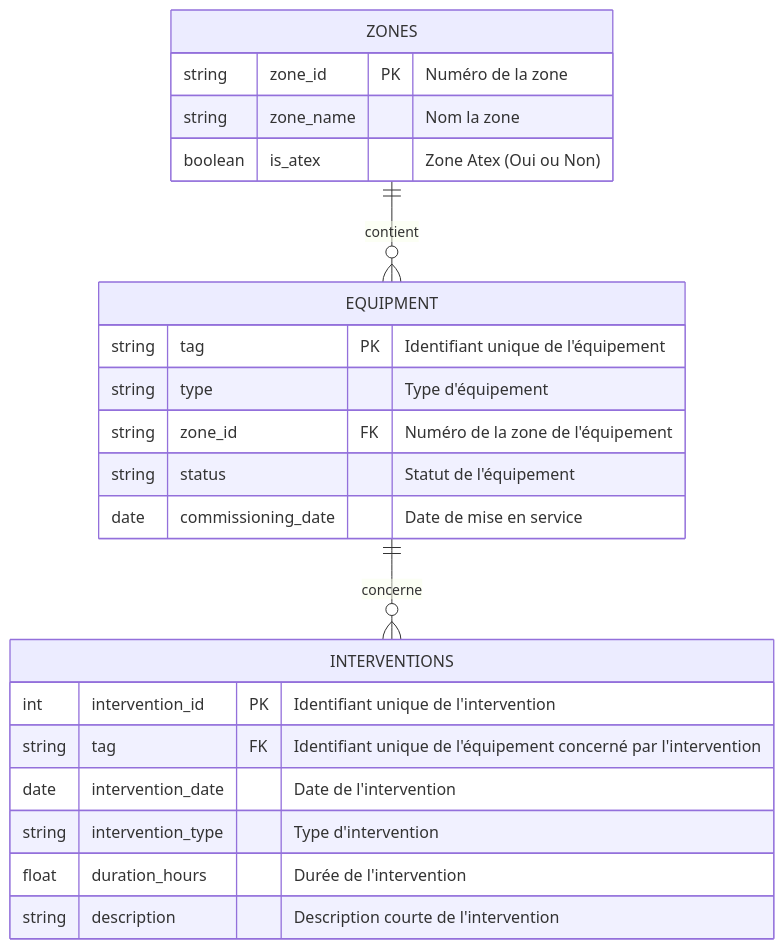
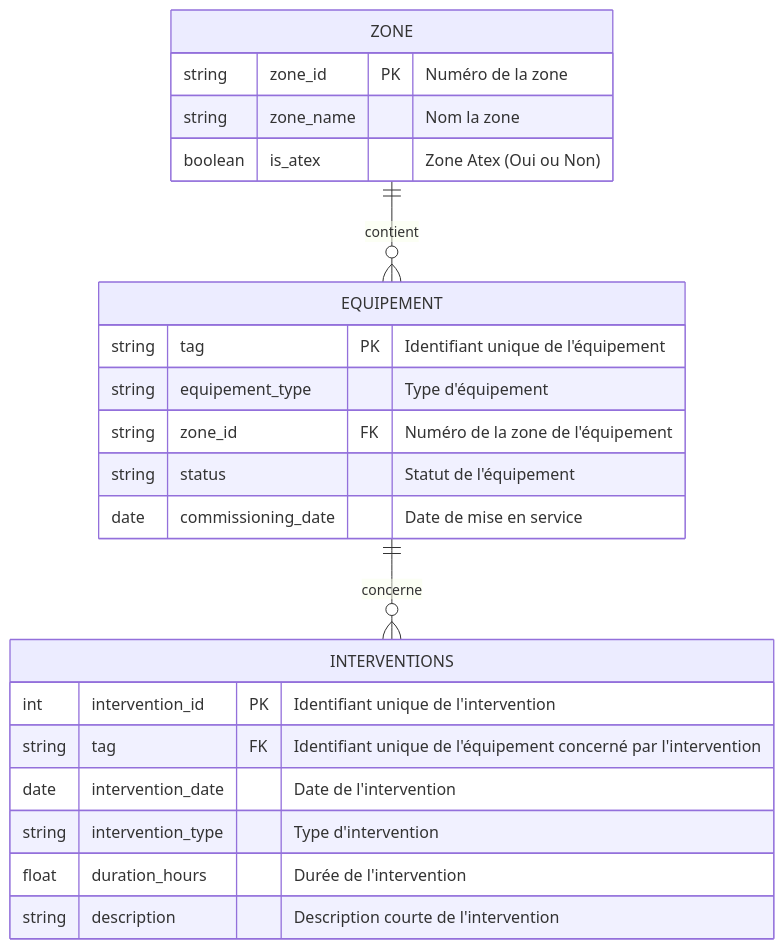
One commit to OursBlanc42/SQLdemo changed the diagram in README.md. Above: the diagram before and after it, drawn with Mermaid. The commit also changed other lines of this file, not shown here.

Commit message:
docs: Fix typo / mistake
Fix typo and mistake (translation mistake and / or reserved word for SQL)

````diff
--- a/README.md
+++ b/README.md
@@ -19,28 +19,28 @@
 ```mermaid
 erDiagram
-    ZONES {
+    ZONE {
         string zone_id PK "Numéro de la zone"
         string zone_name "Nom la zone"
         boolean is_atex "Zone Atex (Oui ou Non)"
     }
 
-    EQUIPMENT {
+    EQUIPEMENT {
         string tag PK "Identifiant unique de l'équipement"
-        string type "Type d'équipement"
+        string equipement_type "Type d'équipement"
         string zone_id FK "Numéro de la zone de l'équipement"
         string status "Statut de l'équipement"
         date commissioning_date "Date de mise en service"
     }
 
     INTERVENTIONS {
         int intervention_id PK "Identifiant unique de l'intervention"
         string tag FK "Identifiant unique de l'équipement concerné par l'intervention"
         date intervention_date "Date de l'intervention"
         string intervention_type "Type d'intervention"
         float duration_hours "Durée de l'intervention"
         string description "Description courte de l'intervention"
     }
 
-    ZONES ||--o{ EQUIPMENT : contient
-    EQUIPMENT ||--o{ INTERVENTIONS : concerne
+    ZONE ||--o{ EQUIPEMENT : contient
+    EQUIPEMENT ||--o{ INTERVENTIONS : concerne
 ```
````
